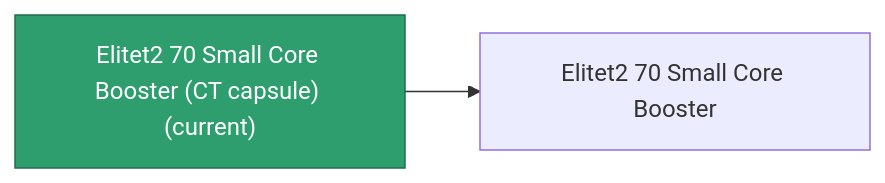
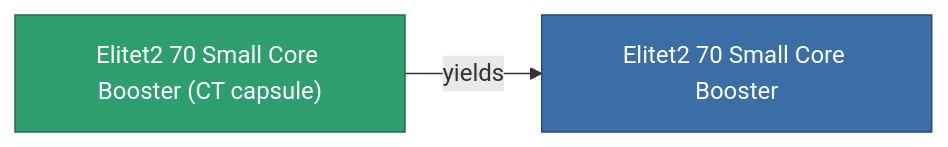
Before and after one commit to OpenPerpetuum/Wiki: the diagram in content/content/items/elitet2_70_small_core_booster_CT_capsule.md, drawn with Mermaid. The commit also changed other lines of this file and 2015 other files, not shown here.

````diff
--- a/content/content/items/elitet2_70_small_core_booster_CT_capsule.md
+++ b/content/content/items/elitet2_70_small_core_booster_CT_capsule.md
@@ -33,8 +33,9 @@
 ```mermaid
 graph LR
-    a["Elitet2 70 Small Core Booster (CT capsule) (current)"]:::current
-    b["Elitet2 70 Small Core Booster"]
-    a --> b
-    click b "/content/items/elitet2-70-small-core-booster/" "Elitet2 70 Small Core Booster"
+    a["Elitet2 70 Small Core Booster (CT capsule)"]:::current
+    b["Elitet2 70 Small Core Booster"]:::finished
+    a -->|yields| b
+                click b "/content/items/elitet2-70-small-core-booster/" "Elitet2 70 Small Core Booster"
     classDef current fill:#2f9e6f,stroke:#1f6f4a,color:#ffffff
+    classDef finished fill:#3b6ea5,stroke:#274a75,color:#ffffff
 ```
````
